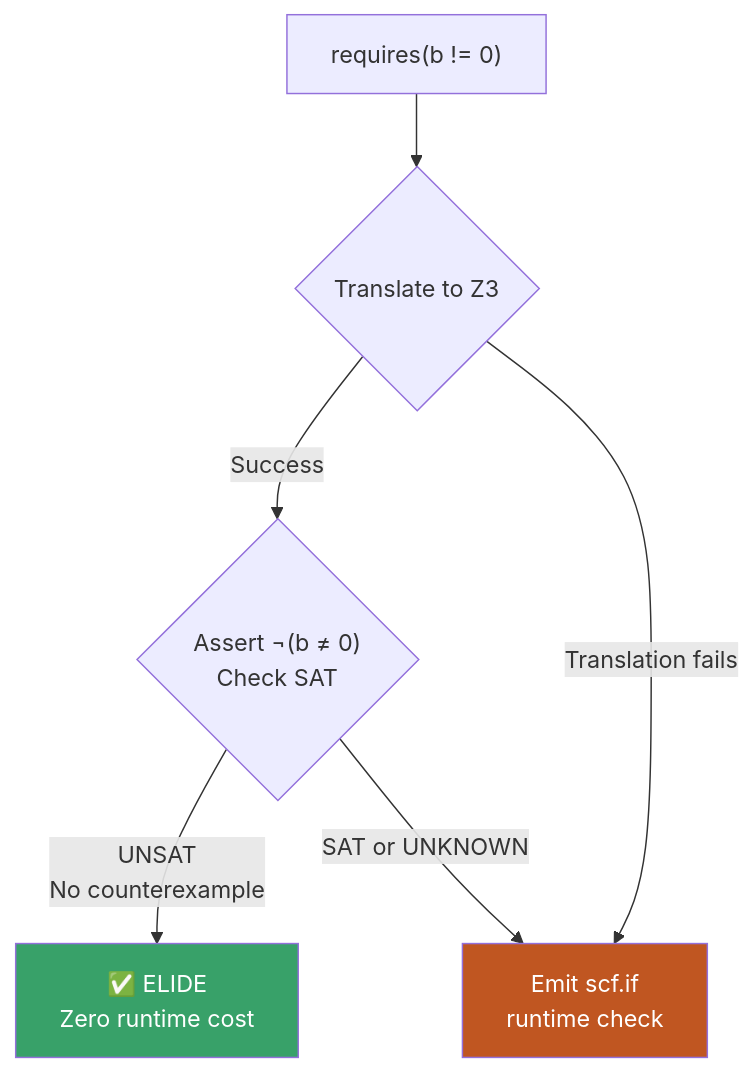
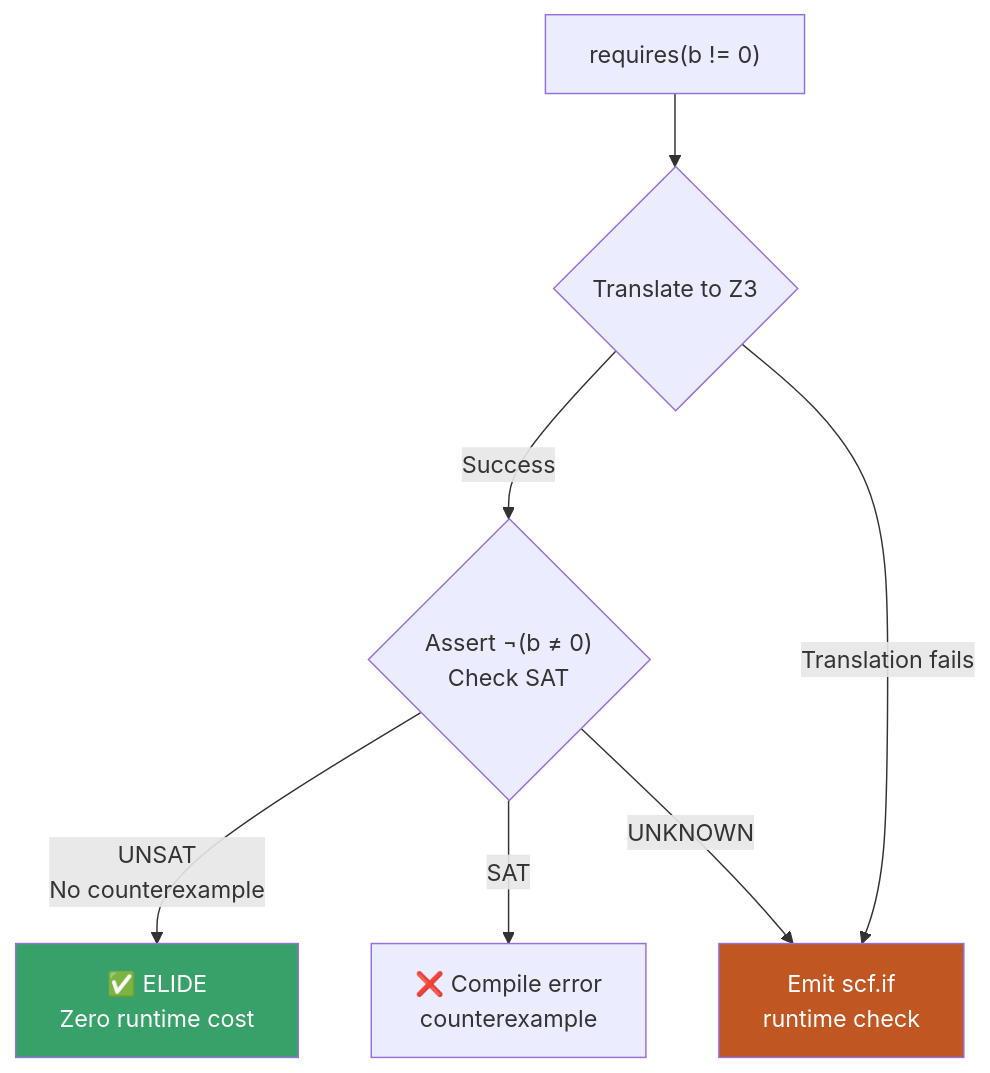
One commit to bneb/lattice changed the third of 10 diagrams in docs/ARCH.md. Above: the diagram before and after it, drawn with Mermaid. The commit also changed other lines of this file and 2 other files, not shown here.

````diff
--- a/docs/ARCH.md
+++ b/docs/ARCH.md
@@ -141,12 +140,13 @@
 ```mermaid
 flowchart TD
     A["requires(b != 0)"]
     A --> B{"Translate to Z3"}
     B -->|Success| C{"Assert ¬(b ≠ 0)<br/>Check SAT"}
     B -->|Translation fails| F["Emit scf.if<br/>runtime check"]
     C -->|UNSAT<br/>No counterexample| D["✅ ELIDE<br/>Zero runtime cost"]
-    C -->|SAT or UNKNOWN| F
+    C -->|SAT| G["❌ Compile error<br/>counterexample"]
+    C -->|UNKNOWN| F["Emit scf.if<br/>runtime check"]
     
     style D fill:#38a169,color:#fff
     style F fill:#c05621,color:#fff
 ```
````
